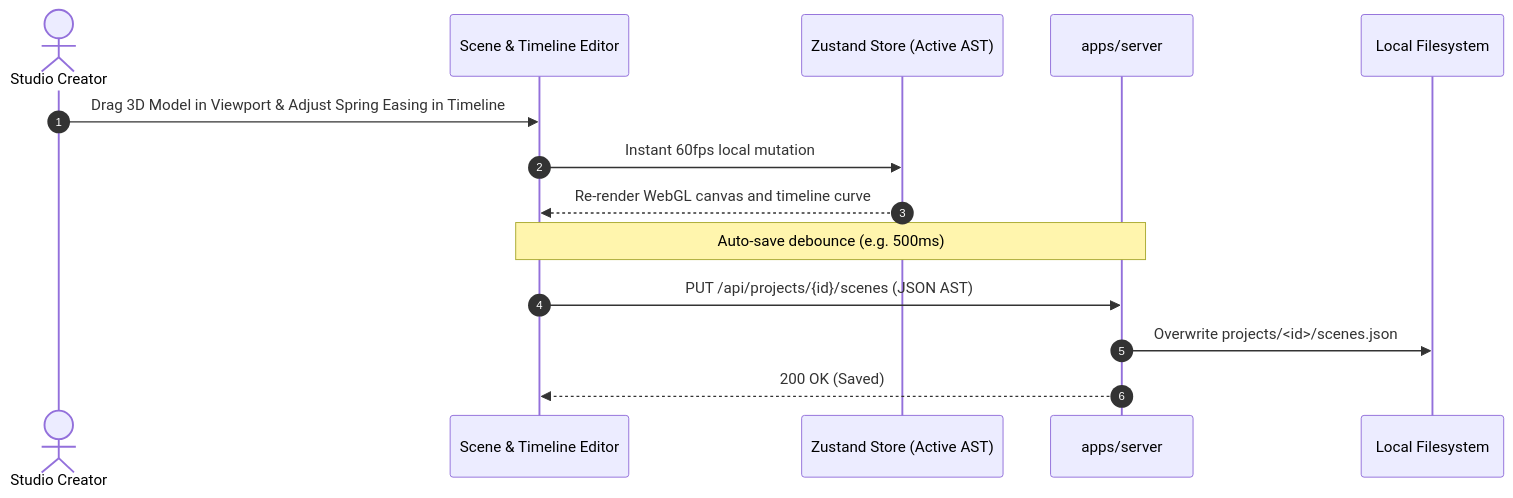
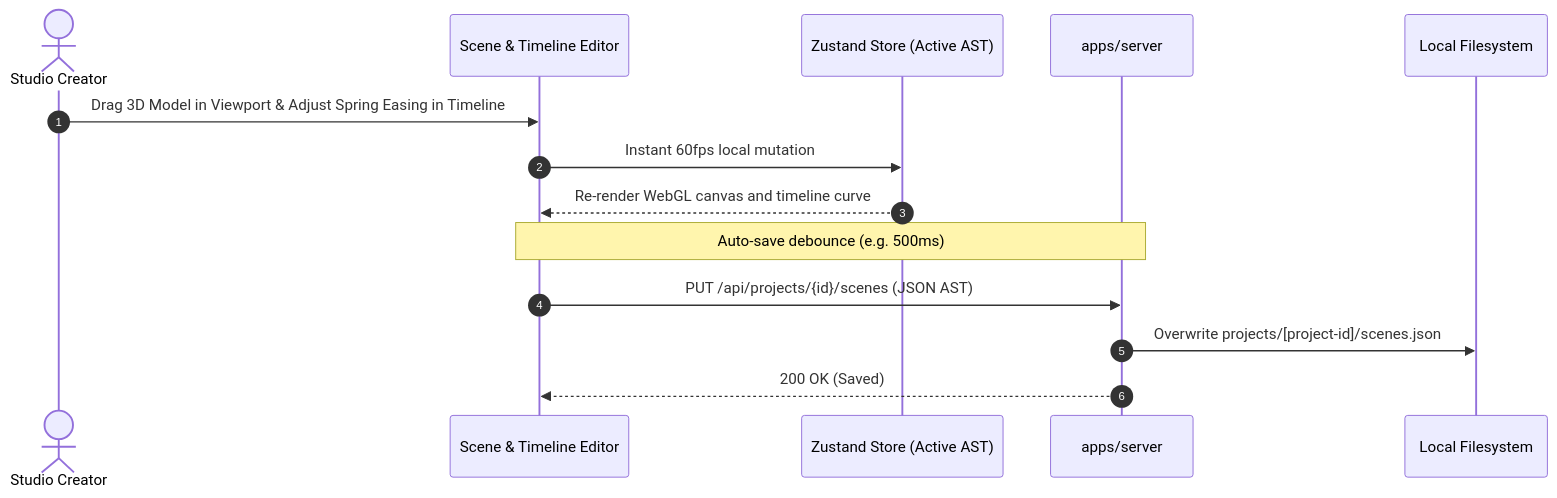
One commit to hoanglong2206/Video-Tool changed the third of 5 diagrams in docs/architecture/DATA_FLOW.md. Above: the diagram before and after it, drawn with Mermaid. The commit also changed other lines of this file and 8 other files, not shown here.

First line of the commit message:
fix(docs): fix Mermaid diagram syntax errors and unescaped tags

````diff
--- a/docs/architecture/DATA_FLOW.md
+++ b/docs/architecture/DATA_FLOW.md
@@ -69,17 +69,17 @@
 ```mermaid
 sequenceDiagram
     autonumber
     actor Creator as Studio Creator
     participant Editor as Scene & Timeline Editor
     participant Store as Zustand Store (Active AST)
     participant API as apps/server
     participant FS as Local Filesystem
 
     Creator->>Editor: Drag 3D Model in Viewport & Adjust Spring Easing in Timeline
     Editor->>Store: Instant 60fps local mutation
     Store-->>Editor: Re-render WebGL canvas and timeline curve
     Note over Editor,API: Auto-save debounce (e.g. 500ms)
     Editor->>API: PUT /api/projects/{id}/scenes (JSON AST)
-    API->>FS: Overwrite projects/<id>/scenes.json
+    API->>FS: Overwrite projects/[project-id]/scenes.json
     API-->>Editor: 200 OK (Saved)
 ```
````
